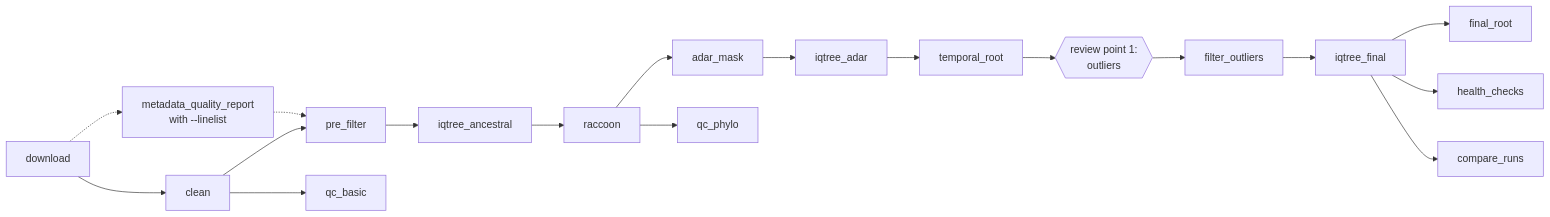
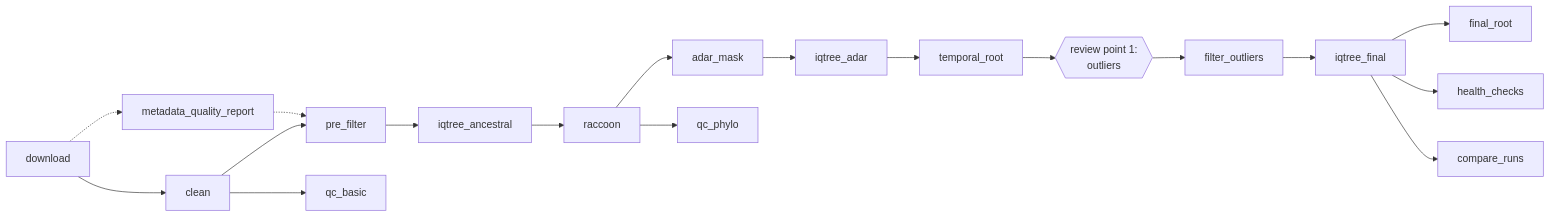
Before and after one commit to artic-network/bdbv-genepi-nf: the diagram in README.md, drawn with Mermaid. The commit also changed other lines of this file and 6 other files, not shown here.

First line of the commit message:
Make the INRB linelist optional for the metadata quality report

````diff
--- a/README.md
+++ b/README.md
@@ -31,10 +31,10 @@
 ```mermaid
 flowchart LR
     D[download] --> C[clean] --> F[pre_filter] --> I1[iqtree_ancestral] --> R[raccoon] --> A[adar_mask] --> I2[iqtree_adar] --> T[temporal_root]
     T --> O{{review point 1:<br/>outliers}} --> FO[filter_outliers] --> I3[iqtree_final] --> FR[final_root]
     I3 --> H[health_checks]
     I3 --> CR[compare_runs]
-    D -.-> MQ[metadata_quality_report<br/>with --linelist] -.-> F
+    D -.-> MQ[metadata_quality_report] -.-> F
     C --> Q[qc_basic]
     R --> QP[qc_phylo]
 ```
````
